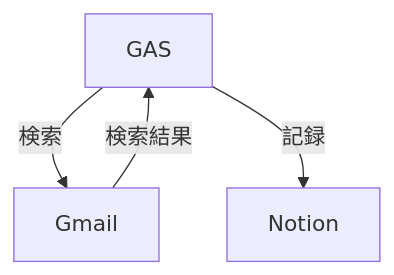
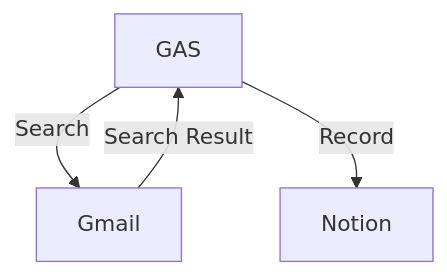
One commit to azu/gmail-to-notion changed the diagram in README.md. Above: the diagram before and after it, drawn with Mermaid. The commit also changed other lines of this file, not shown here.

````diff
--- a/README.md
+++ b/README.md
@@ -5,6 +7,6 @@
 ```mermaid
 graph TD;
-  GAS-->|検索|Gmail;
-  Gmail-->|検索結果|GAS;
-  GAS-->|記録|Notion;
+  GAS-->|Search|Gmail;
+  Gmail-->|Search Result|GAS;
+  GAS-->|Record|Notion;
 ```
````
